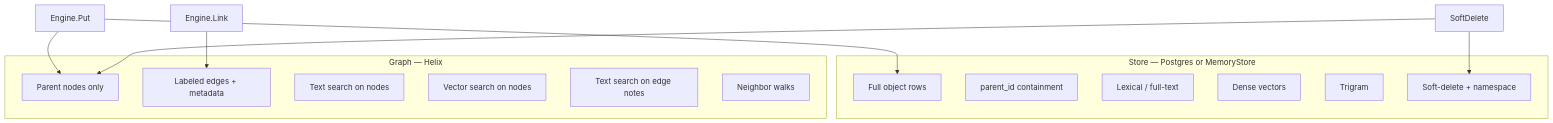
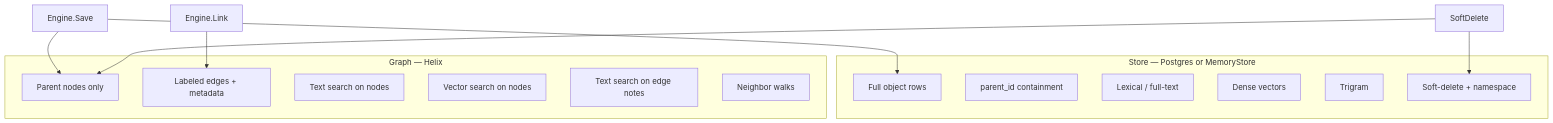
One commit to Ryanaldo34/tacklr changed the fifth of 7 diagrams in docs/knowledge.md. Above: the diagram before and after it, drawn with Mermaid. The commit also changed other lines of this file and 83 other files, not shown here.

````diff
--- a/docs/knowledge.md
+++ b/docs/knowledge.md
@@ -432,26 +429,26 @@
 ```mermaid
 flowchart TB
     subgraph Store["Store — Postgres or MemoryStore"]
         Rows[Full object rows]
         Parts[parent_id containment]
         Lex[Lexical / full-text]
         Vec[Dense vectors]
         Tri[Trigram]
         Soft[Soft-delete + namespace]
     end
 
     subgraph Graph["Graph — Helix"]
         Nodes[Parent nodes only]
         Edges[Labeled edges + metadata]
         Txt[Text search on nodes]
         GVec[Vector search on nodes]
         ETxt[Text search on edge notes]
         Walk[Neighbor walks]
     end
 
-    Put[Engine.Put] --> Rows
-    Put --> Nodes
+    Save[Engine.Save] --> Rows
+    Save --> Nodes
     Link[Engine.Link] --> Edges
     SoftDel[SoftDelete] --> Nodes
     SoftDel --> Soft
 ```
````
